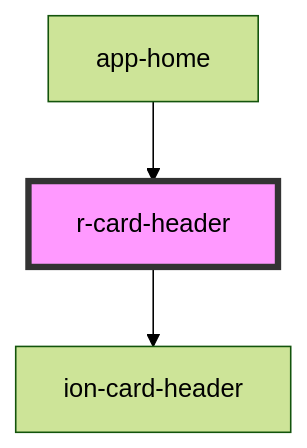
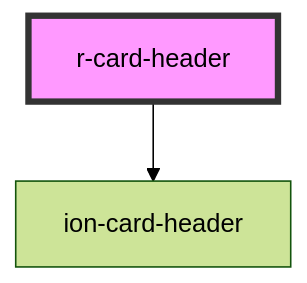
The diagram in src/components/r-card-header/readme.md (refactico/design-system), drawn with Mermaid (forest theme) before and after one commit. The commit also changed other lines of this file and 27 other files, not shown here.

First line of the commit message:
chore: update component dependencies and documentation for app-home

````diff
--- a/src/components/r-card-header/readme.md
+++ b/src/components/r-card-header/readme.md
@@ -19,6 +15,5 @@
 ```mermaid
 graph TD;
   r-card-header --> ion-card-header
-  app-home --> r-card-header
   style r-card-header fill:#f9f,stroke:#333,stroke-width:4px
 ```
````
